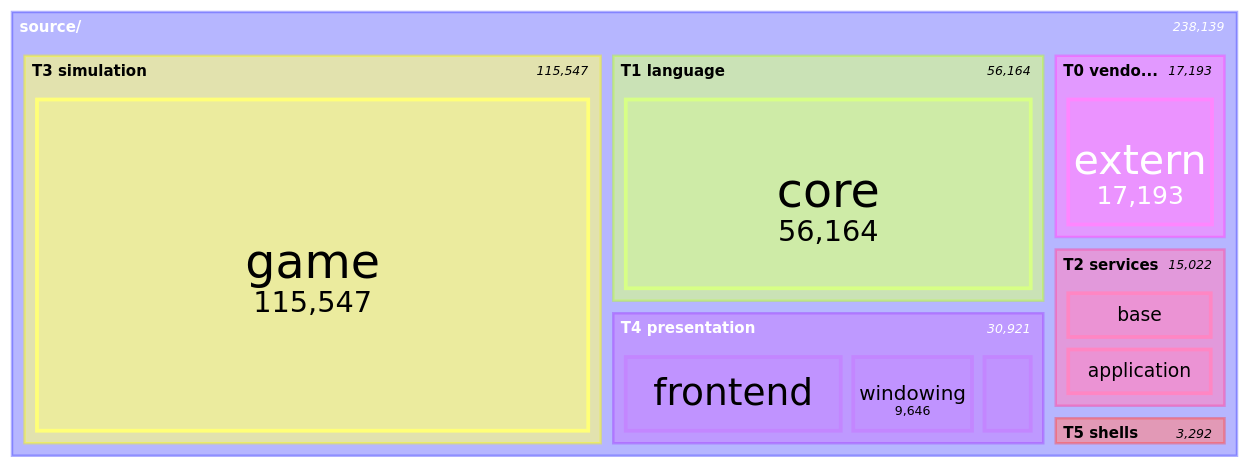
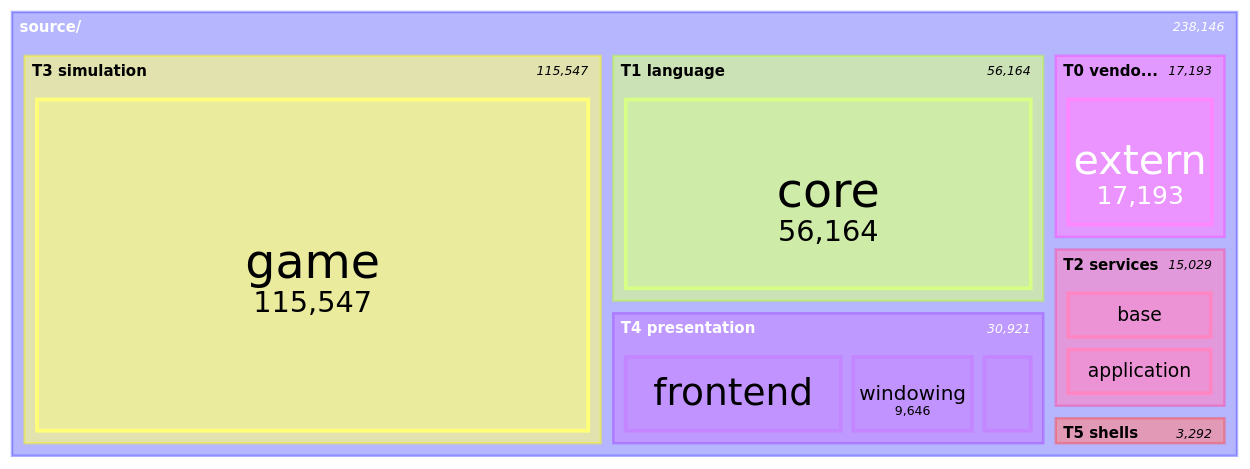
One commit to apnex/OpenStarbound changed the seventh of 11 diagrams in docs/architecture/system-boundaries.md. Above: the diagram before and after it, drawn with Mermaid. The commit also changed other lines of this file and 4 other files, not shown here.

````diff
--- a/docs/architecture/system-boundaries.md
+++ b/docs/architecture/system-boundaries.md
@@ -577,21 +577,21 @@
 ```mermaid
 treemap-beta
 "source/"
     "T0 vendored"
         "extern": 17193
     "T1 language"
         "core": 56164
     "T2 services"
         "base": 7464
-        "application": 7416
+        "application": 7423
         "platform": 142
     "T3 simulation"
         "game": 115547
     "T4 presentation"
         "frontend": 16861
         "windowing": 9646
         "rendering": 4414
     "T5 shells"
         "client": 2509
         "server": 783
 ```
````
